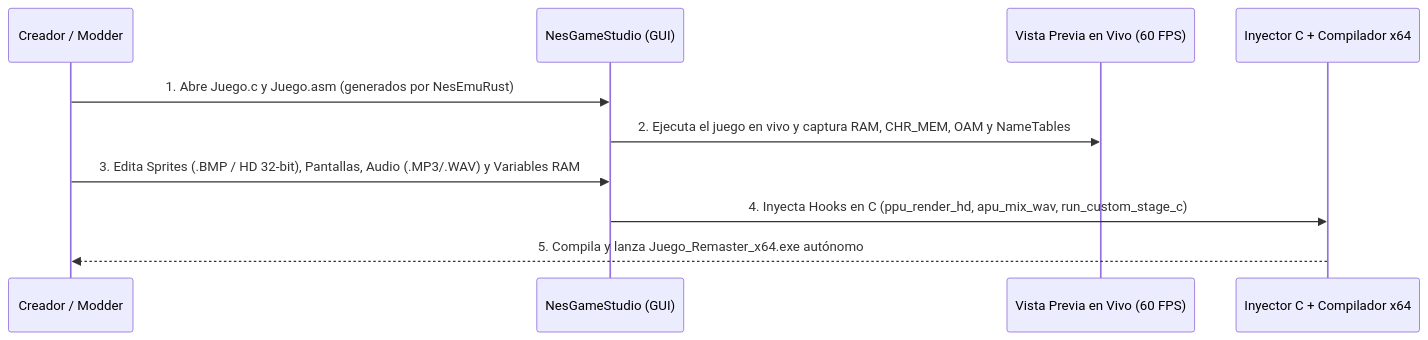
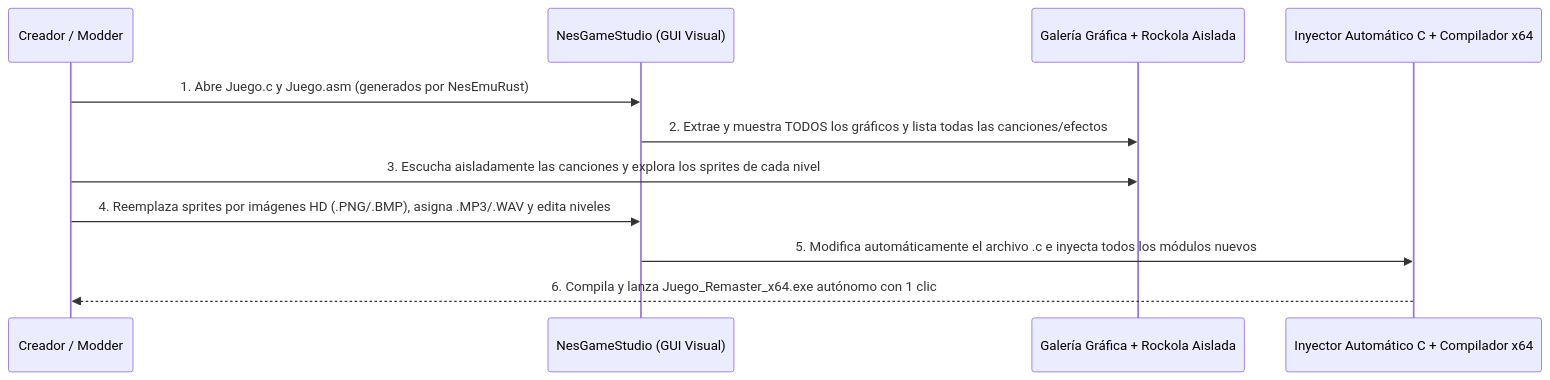
The second of 2 diagrams in README.md (iztaneo/NesGameStudio), drawn with Mermaid before and after one commit. The commit also changed other lines of this file and 1 other file, not shown here.

Commit message:
docs: Include full graphic gallery, standalone music jukebox, and automatic C injection in plan

````diff
--- a/README.md
+++ b/README.md
@@ -71,13 +71,14 @@
 ```mermaid
 sequenceDiagram
     participant User as Creador / Modder
-    participant Studio as NesGameStudio (GUI)
-    participant Preview as Vista Previa en Vivo (60 FPS)
-    participant Codegen as Inyector C + Compilador x64
+    participant Studio as NesGameStudio (GUI Visual)
+    participant Jukebox as Galería Gráfica + Rockola Aislada
+    participant Codegen as Inyector Automático C + Compilador x64
 
     User->>Studio: 1. Abre Juego.c y Juego.asm (generados por NesEmuRust)
-    Studio->>Preview: 2. Ejecuta el juego en vivo y captura RAM, CHR_MEM, OAM y NameTables
-    User->>Studio: 3. Edita Sprites (.BMP / HD 32-bit), Pantallas, Audio (.MP3/.WAV) y Variables RAM
-    Studio->>Codegen: 4. Inyecta Hooks en C (ppu_render_hd, apu_mix_wav, run_custom_stage_c)
-    Codegen-->>User: 5. Compila y lanza Juego_Remaster_x64.exe autónomo
+    Studio->>Jukebox: 2. Extrae y muestra TODOS los gráficos y lista todas las canciones/efectos
+    User->>Jukebox: 3. Escucha aisladamente las canciones y explora los sprites de cada nivel
+    User->>Studio: 4. Reemplaza sprites por imágenes HD (.PNG/.BMP), asigna .MP3/.WAV y edita niveles
+    Studio->>Codegen: 5. Modifica automáticamente el archivo .c e inyecta todos los módulos nuevos
+    Codegen-->>User: 6. Compila y lanza Juego_Remaster_x64.exe autónomo con 1 clic
 ```
````
